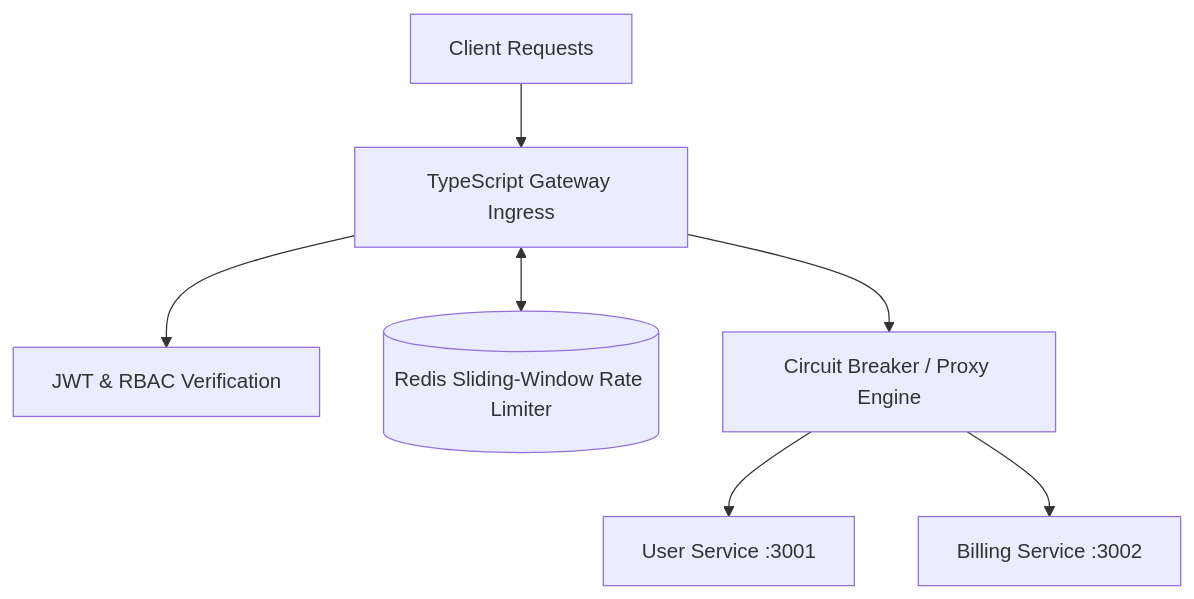
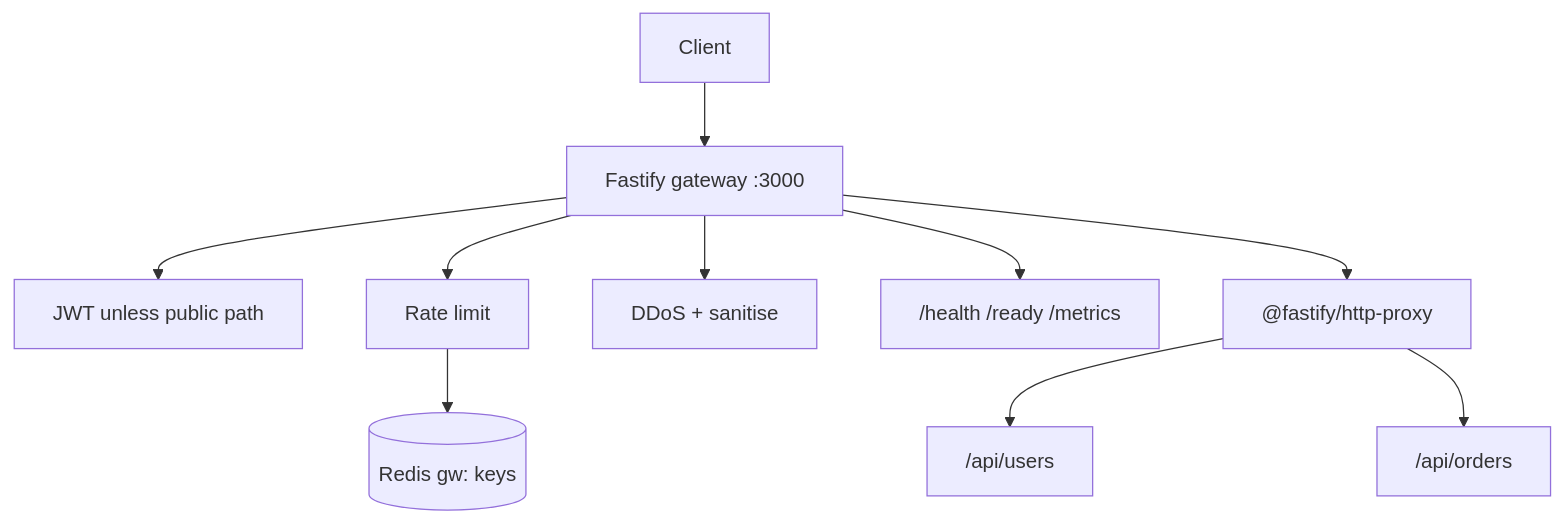
One commit to donny-devops/node-ts-api-gateway changed the diagram in README.md. Above: the diagram before and after it, drawn with Mermaid. The commit also changed other lines of this file and 2 other files, not shown here.

First line of the commit message:
docs: align README and contributor guide with the Fastify gateway source

````diff
--- a/README.md
+++ b/README.md
@@ -14,9 +35,12 @@
 ```mermaid
 flowchart TD
-    Client[Client Requests] --> Gateway[TypeScript Gateway Ingress]
-    Gateway --> Auth[JWT & RBAC Verification]
-    Gateway <--> Redis[(Redis Sliding-Window Rate Limiter)]
-    Gateway --> CB[Circuit Breaker / Proxy Engine]
-    CB --> MicroserviceA[User Service :3001]
-    CB --> MicroserviceB[Billing Service :3002]
+    Client[Client] --> GW[Fastify gateway :3000]
+    GW --> Auth[JWT unless public path]
+    GW --> RL[Rate limit]
+    RL --> Redis[(Redis gw: keys)]
+    GW --> DDoS[DDoS + sanitise]
+    GW --> Health["/health /ready /metrics"]
+    GW --> Proxy["@fastify/http-proxy"]
+    Proxy --> UpA["/api/users"]
+    Proxy --> UpB["/api/orders"]
 ```
````
